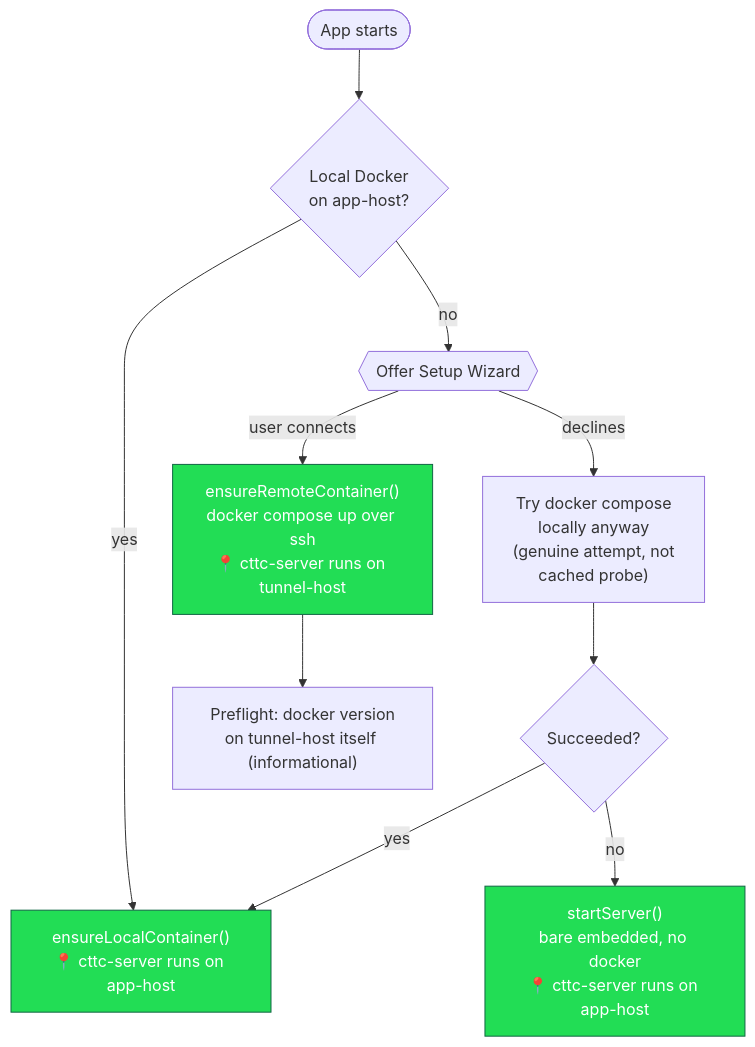
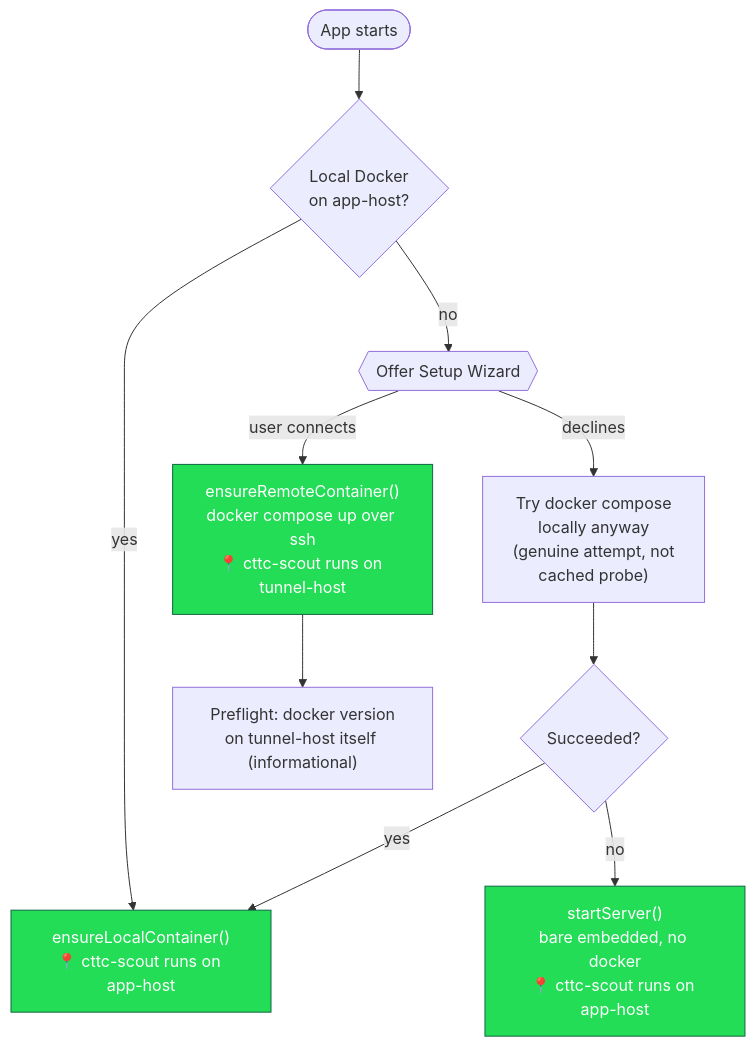
Before and after one commit to oliben67/cut-to-the-chase: the second of 2 diagrams in docs/architecture/docker-target-resolution.md, drawn with Mermaid. The commit also changed other lines of this file and 7 other files, not shown here.

First line of the commit message:
chore: rename cttc-server to cttc-scout

````diff
--- a/docs/architecture/docker-target-resolution.md
+++ b/docs/architecture/docker-target-resolution.md
@@ -59,15 +59,15 @@
 ```mermaid
 flowchart TB
     A1([App starts]) --> A2{Local Docker<br/>on app-host?}
-    A2 -- yes --> A3["ensureLocalContainer()<br/>📍 cttc-server runs on app-host"]
+    A2 -- yes --> A3["ensureLocalContainer()<br/>📍 cttc-scout runs on app-host"]
     A2 -- no --> A4{{Offer Setup Wizard}}
-    A4 -- "user connects" --> T1["ensureRemoteContainer()<br/>docker compose up over ssh<br/>📍 cttc-server runs on tunnel-host"]
+    A4 -- "user connects" --> T1["ensureRemoteContainer()<br/>docker compose up over ssh<br/>📍 cttc-scout runs on tunnel-host"]
     T1 --> T2["Preflight: docker version<br/>on tunnel-host itself (informational)"]
     A4 -- declines --> A5["Try docker compose<br/>locally anyway<br/>(genuine attempt, not<br/>cached probe)"]
     A5 --> A7{Succeeded?}
     A7 -- yes --> A3
-    A7 -- no --> A8["startServer()<br/>bare embedded, no docker<br/>📍 cttc-server runs on app-host"]
+    A7 -- no --> A8["startServer()<br/>bare embedded, no docker<br/>📍 cttc-scout runs on app-host"]
 
     classDef server fill:#2d5,stroke:#164,color:#fff
     class A3,A8,T1 server
 ```
````
